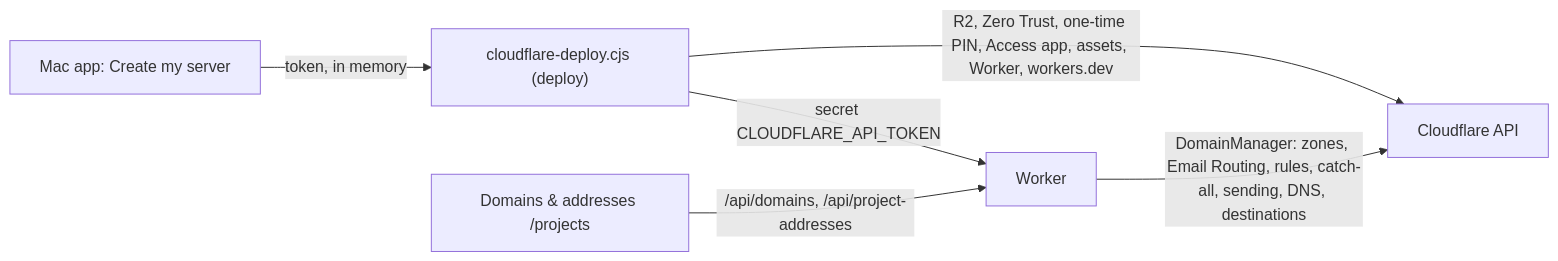
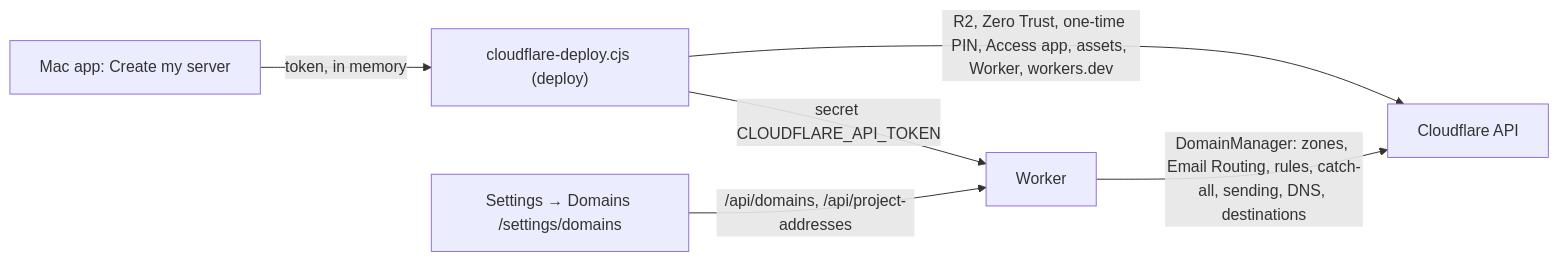
Before and after one commit to passioncode-ai/fabric-inbox: the third of 4 diagrams in docs/architecture.md, drawn with Mermaid. The commit also changed other lines of this file and 222 other files, not shown here.

````diff
--- a/docs/architecture.md
+++ b/docs/architecture.md
@@ -155,8 +311,8 @@
 ```mermaid
 flowchart LR
   APP["Mac app: Create my server"] -->|token, in memory| DEP["cloudflare-deploy.cjs (deploy)"]
   DEP -->|R2, Zero Trust, one-time PIN, Access app, assets, Worker, workers.dev| CF["Cloudflare API"]
   DEP -->|secret CLOUDFLARE_API_TOKEN| W["Worker"]
   W -->|DomainManager: zones, Email Routing, rules, catch-all, sending, DNS, destinations| CF
-  UI2["Domains & addresses /projects"] -->|/api/domains, /api/project-addresses| W
+  UI2["Settings → Domains /settings/domains"] -->|/api/domains, /api/project-addresses| W
 ```
````
